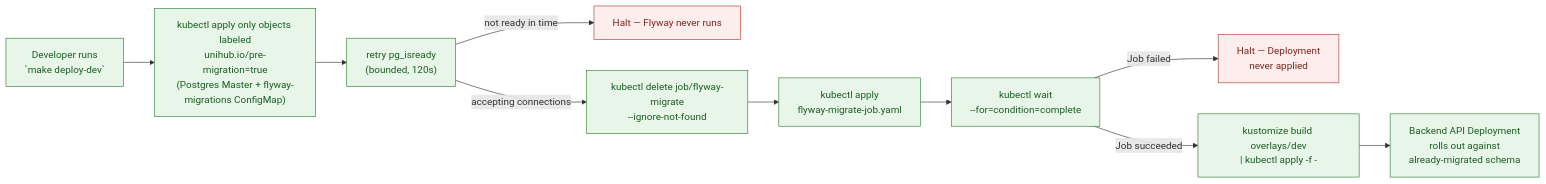
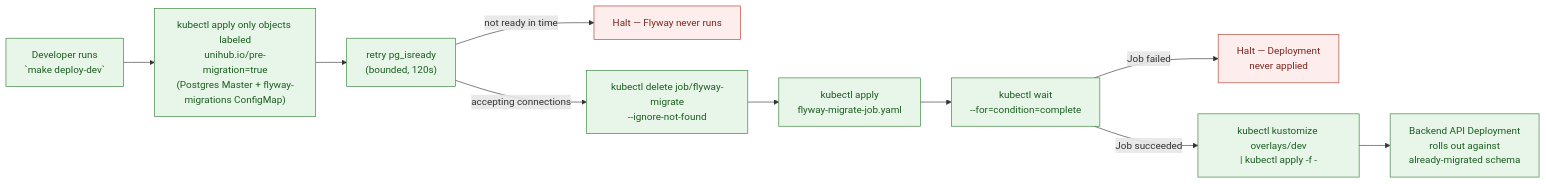
The second of 2 diagrams in docs/technical-design/platform/deployment-and-cicd.md (tiennt220805/UniHub), drawn with Mermaid before and after one commit. The commit also changed other lines of this file and 20 other files, not shown here.

````diff
--- a/docs/technical-design/platform/deployment-and-cicd.md
+++ b/docs/technical-design/platform/deployment-and-cicd.md
@@ -887,18 +970,18 @@
 ```mermaid
 flowchart LR
     Dev["Developer runs\n`make deploy-dev`"] --> PG["kubectl apply only objects labeled\nunihub.io/pre-migration=true\n(Postgres Master + flyway-migrations ConfigMap)"]
     PG --> WaitPG["retry pg_isready\n(bounded, 120s)"]
     WaitPG -->|"not ready in time"| HaltPG["Halt — Flyway never runs"]
     WaitPG -->|"accepting connections"| DelJob["kubectl delete job/flyway-migrate\n--ignore-not-found"]
     DelJob --> ApplyJob["kubectl apply\nflyway-migrate-job.yaml"]
     ApplyJob --> Wait["kubectl wait\n--for=condition=complete"]
     Wait -->|"Job failed"| Halt["Halt — Deployment\nnever applied"]
-    Wait -->|"Job succeeded"| ApplyOverlay["kustomize build overlays/dev\n| kubectl apply -f -"]
+    Wait -->|"Job succeeded"| ApplyOverlay["kubectl kustomize overlays/dev\n| kubectl apply -f -"]
     ApplyOverlay --> Rollout["Backend API Deployment\nrolls out against\nalready-migrated schema"]
 
     classDef stepStyle fill:#E8F5E9,stroke:#2E7D32,color:#1B5E20
     classDef failStyle fill:#FDEDEC,stroke:#B03A2E,color:#78281F
 
     class Dev,PG,WaitPG,DelJob,ApplyJob,Wait,ApplyOverlay,Rollout stepStyle
     class Halt,HaltPG failStyle
 ```
````
